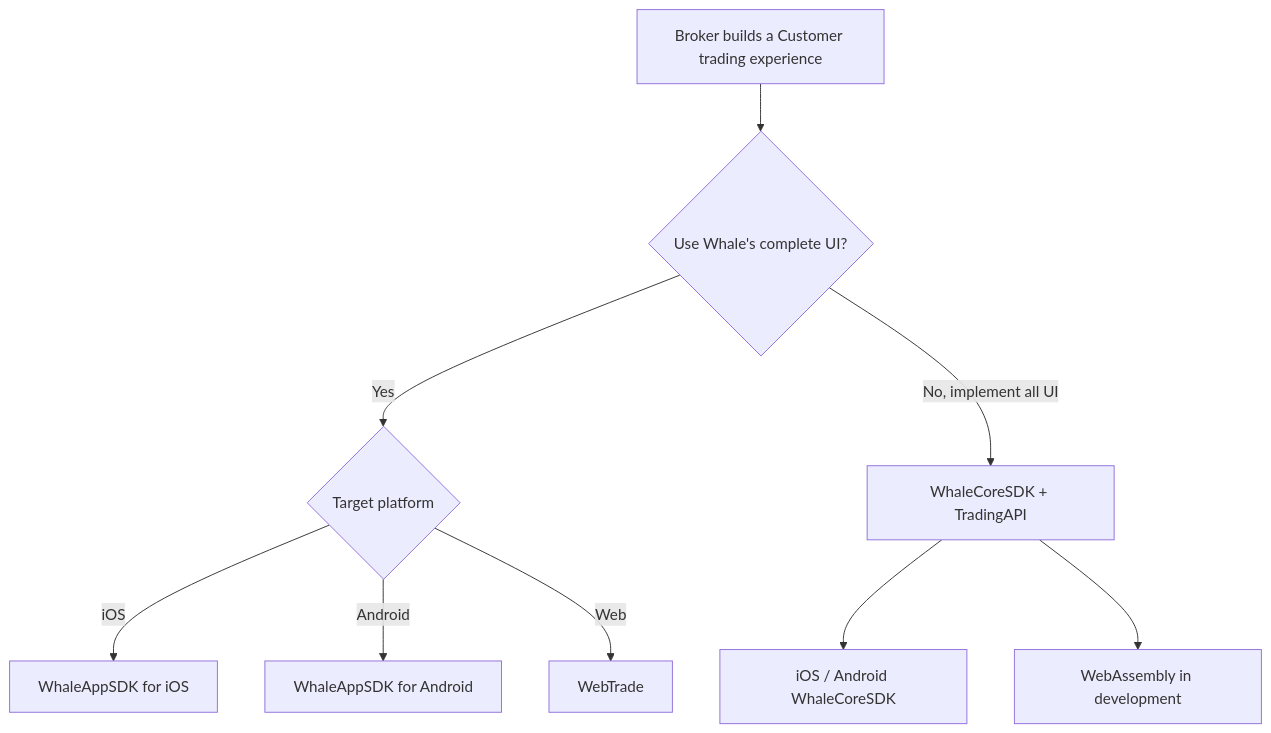
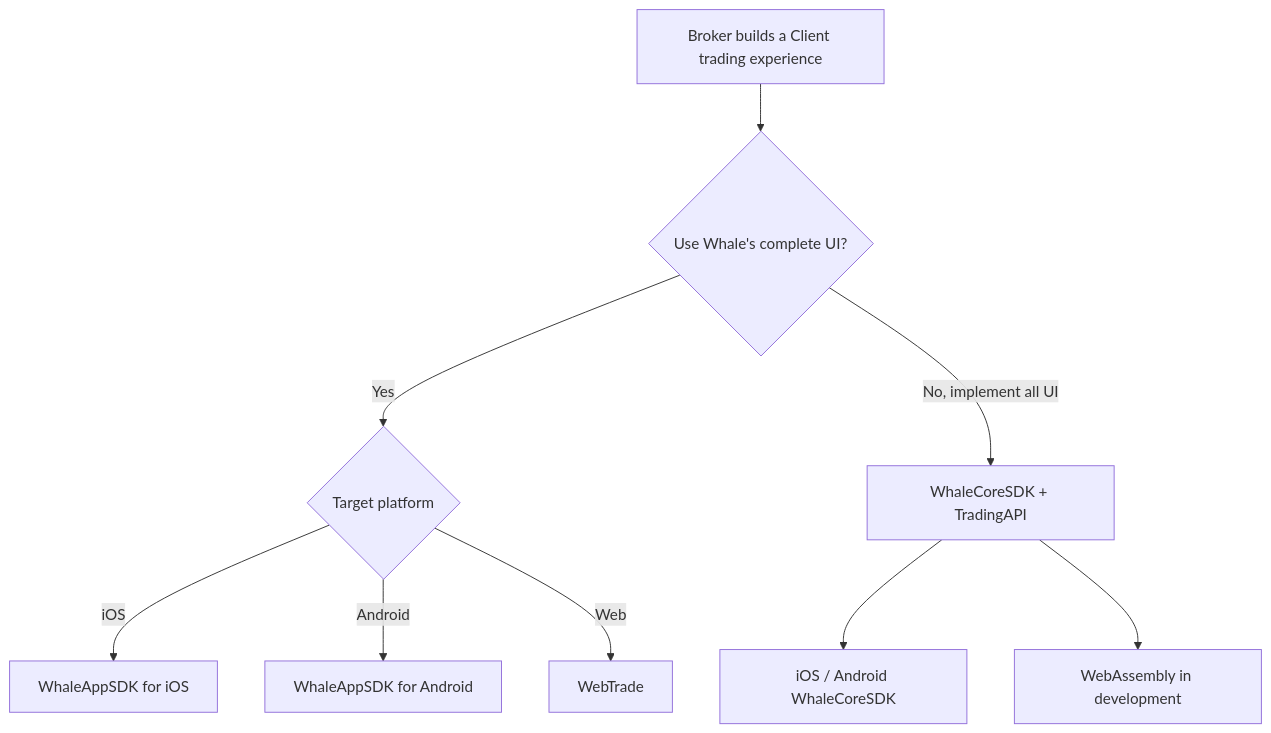
The diagram in docs/en/docs/integration-options.mdx (longbridge/whale-docs), drawn with Mermaid before and after one commit. The commit also changed other lines of this file and 72 other files, not shown here.

First line of the commit message:
docs: rename Customer to Client and scope heading anchors to docs/

````diff
--- a/docs/en/docs/integration-options.mdx
+++ b/docs/en/docs/integration-options.mdx
@@ -22,11 +22,11 @@
 ```mermaid
 flowchart TD
-    A[Broker builds a Customer trading experience] --> B{Use Whale's complete UI?}
+    A[Broker builds a Client trading experience] --> B{Use Whale's complete UI?}
     B -- Yes --> C{Target platform}
     C -- iOS --> D[WhaleAppSDK for iOS]
     C -- Android --> E[WhaleAppSDK for Android]
     C -- Web --> F[WebTrade]
     B -- No, implement all UI --> G[WhaleCoreSDK + TradingAPI]
     G --> H[iOS / Android WhaleCoreSDK]
     G --> I[WebAssembly in development]
 ```
````
